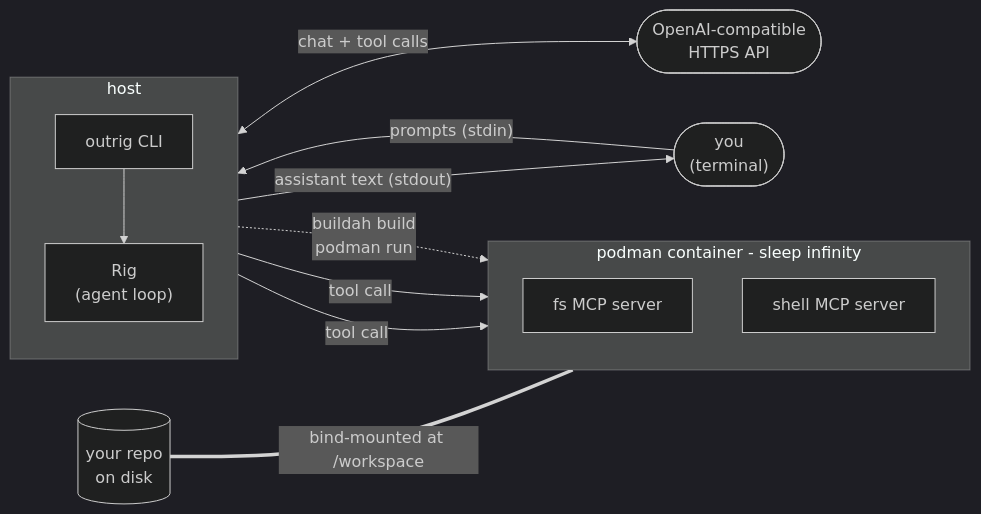
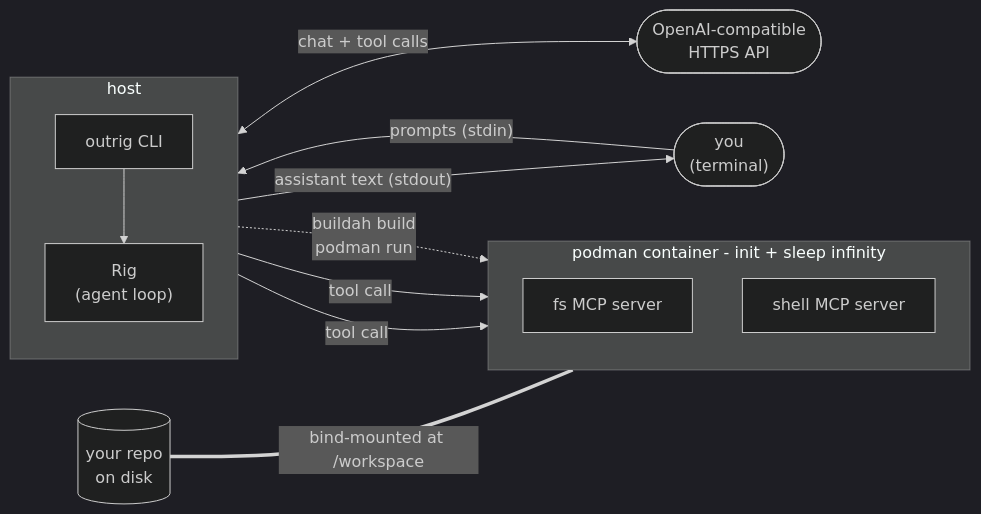
One commit to tgockel/outrig changed the diagram in doc/README.md. Above: the diagram before and after it, drawn with Mermaid (dark theme). The commit also changed 8 other files, not shown here.

````diff
--- a/doc/README.md
+++ b/doc/README.md
@@ -25,27 +25,27 @@
 ```mermaid
 flowchart LR
     you(["you<br/>(terminal)"])
     api(["OpenAI-compatible<br/>HTTPS API"])
     repo[("your repo<br/>on disk")]
 
     subgraph host["host"]
         direction TB
         outrig["outrig CLI"]
         rig["Rig<br/>(agent loop)"]
         outrig --> rig
     end
 
-    subgraph container["podman container - sleep infinity"]
+    subgraph container["podman container - init + sleep infinity"]
         direction TB
         fs["fs MCP server"]
         shell["shell MCP server"]
     end
 
     you -- "prompts (stdin)" --> outrig
     rig -- "assistant text (stdout)" --> you
     rig <-- "chat + tool calls" --> api
     rig -- "tool call" --> fs
     rig -- "tool call" --> shell
     outrig -. "buildah build<br/>podman run" .-> container
     repo == "bind-mounted at /workspace" === container
 ```
````
